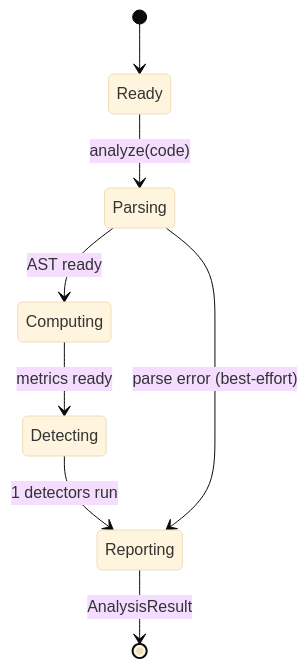
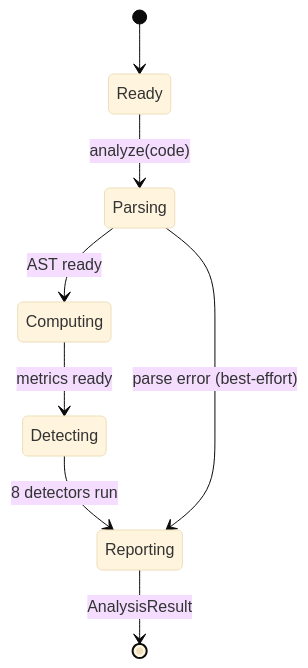
One commit to Anselmoo/mcp-zen-of-languages changed the fourth of 4 diagrams in docs/user-guide/frameworks/pydantic.md. Above: the diagram before and after it, drawn with Mermaid. The commit also changed other lines of this file and 41 other files, not shown here.

````diff
--- a/docs/user-guide/frameworks/pydantic.md
+++ b/docs/user-guide/frameworks/pydantic.md
@@ -207,11 +247,11 @@
     ```mermaid
     %%{init: {"theme": "base"}}%%
     stateDiagram-v2
         [*] --> Ready
         Ready --> Parsing : analyze(code)
         Parsing --> Computing : AST ready
         Computing --> Detecting : metrics ready
-        Detecting --> Reporting : 1 detectors run
+        Detecting --> Reporting : 8 detectors run
         Reporting --> [*] : AnalysisResult
         Parsing --> Reporting : parse error (best-effort)
     ```
````
